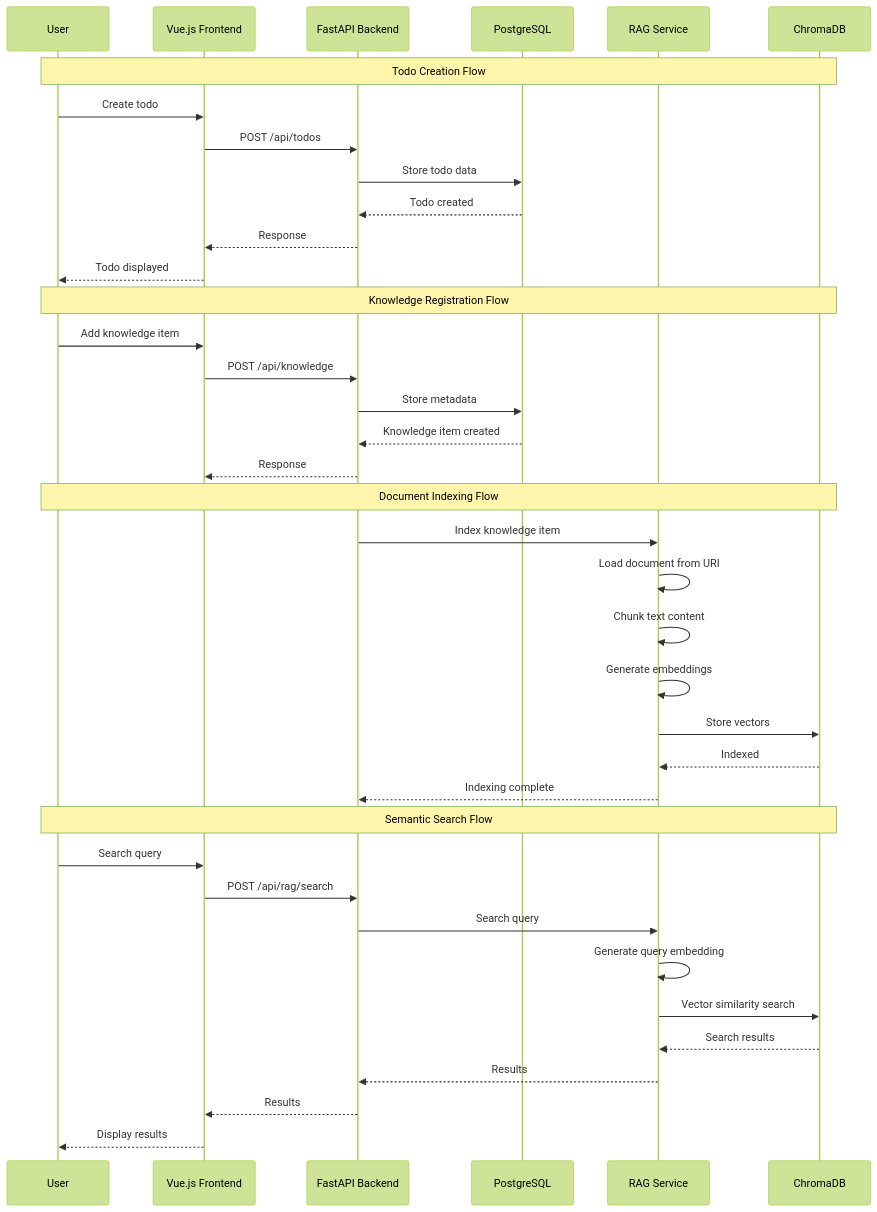
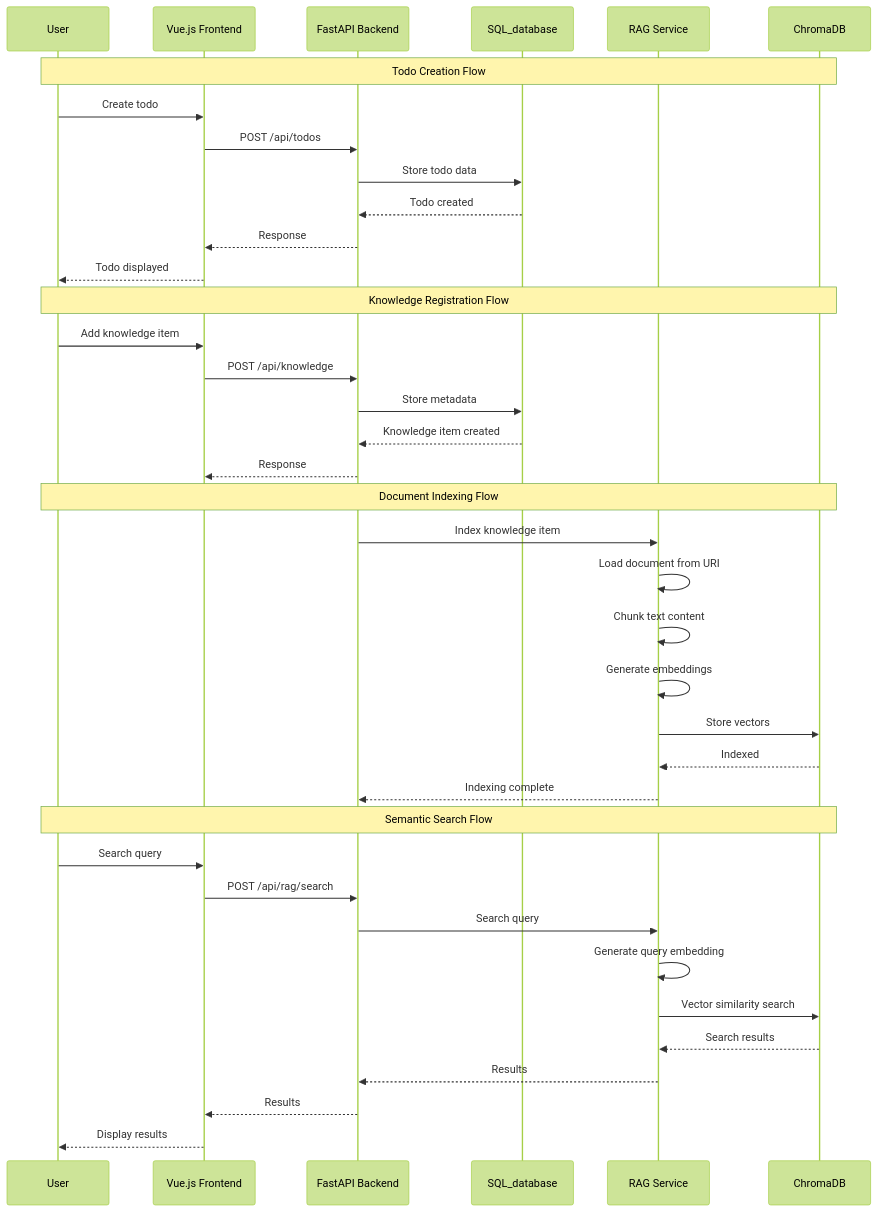
The third of 3 diagrams in docs/implementation/index.md (jbcodeforce/MyAIAssistant), drawn with Mermaid (forest theme) before and after one commit. The commit also changed other lines of this file and 13 other files, not shown here.

````diff
--- a/docs/implementation/index.md
+++ b/docs/implementation/index.md
@@ -215,44 +309,44 @@
 ```mermaid
 sequenceDiagram
     participant User
     participant Frontend as Vue.js Frontend
     participant Backend as FastAPI Backend
-    participant PostgreSQL as PostgreSQL
+    participant SQL_database as SQL_database
     participant RAG as RAG Service
     participant ChromaDB as ChromaDB
     
     Note over User,ChromaDB: Todo Creation Flow
     User->>Frontend: Create todo
     Frontend->>Backend: POST /api/todos
-    Backend->>PostgreSQL: Store todo data
-    PostgreSQL-->>Backend: Todo created
+    Backend->>SQL_database: Store todo data
+    SQL_database-->>Backend: Todo created
     Backend-->>Frontend: Response
     Frontend-->>User: Todo displayed
     
     Note over User,ChromaDB: Knowledge Registration Flow
     User->>Frontend: Add knowledge item
     Frontend->>Backend: POST /api/knowledge
-    Backend->>PostgreSQL: Store metadata
-    PostgreSQL-->>Backend: Knowledge item created
+    Backend->>SQL_database: Store metadata
+    SQL_database-->>Backend: Knowledge item created
     Backend-->>Frontend: Response
     
     Note over User,ChromaDB: Document Indexing Flow
     Backend->>RAG: Index knowledge item
     RAG->>RAG: Load document from URI
     RAG->>RAG: Chunk text content
     RAG->>RAG: Generate embeddings
     RAG->>ChromaDB: Store vectors
     ChromaDB-->>RAG: Indexed
     RAG-->>Backend: Indexing complete
     
     Note over User,ChromaDB: Semantic Search Flow
     User->>Frontend: Search query
     Frontend->>Backend: POST /api/rag/search
     Backend->>RAG: Search query
     RAG->>RAG: Generate query embedding
     RAG->>ChromaDB: Vector similarity search
     ChromaDB-->>RAG: Search results
     RAG-->>Backend: Results
     Backend-->>Frontend: Results
     Frontend-->>User: Display results
 ```
````
